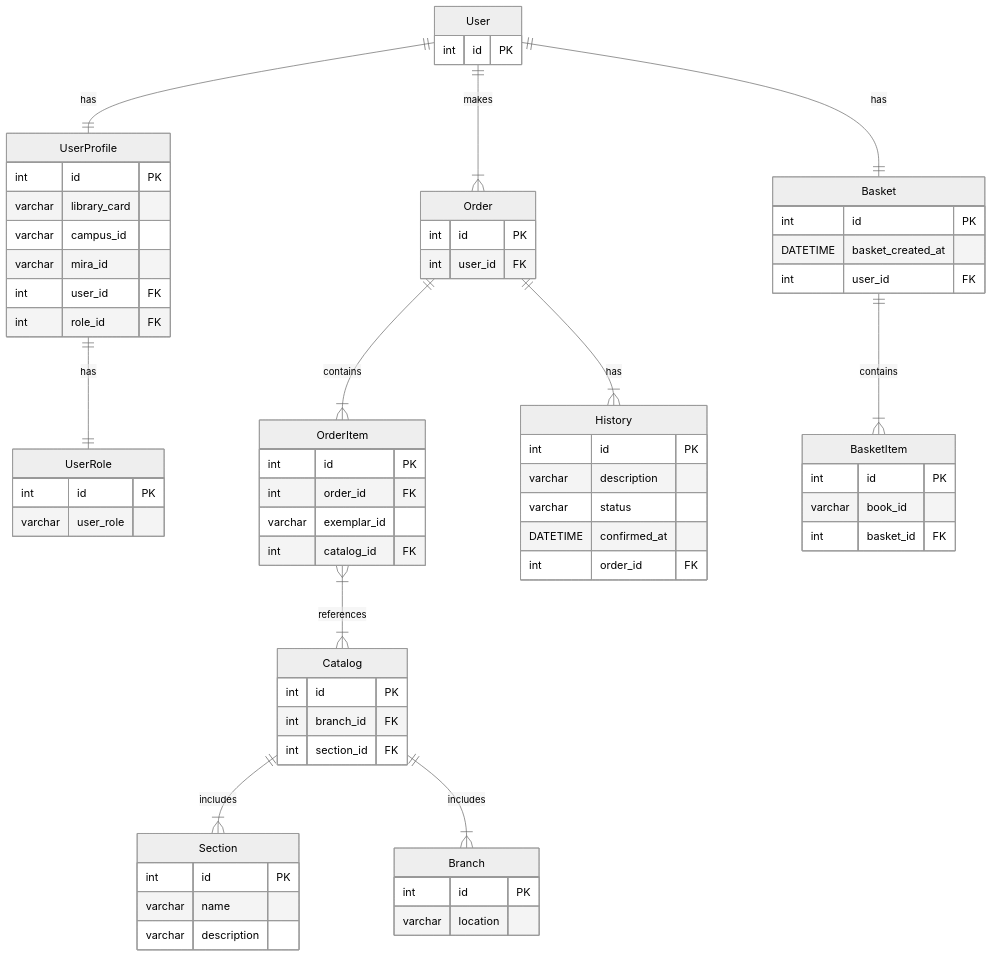
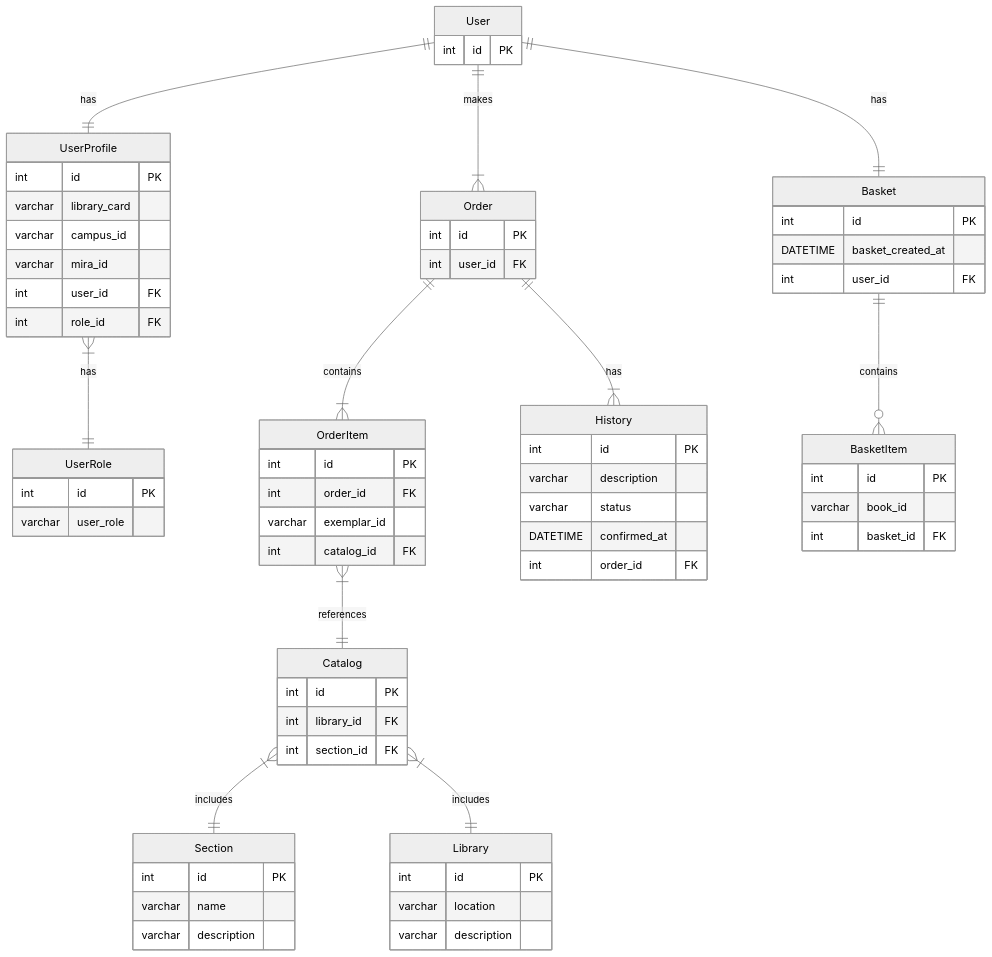
One commit to nnn1ki/library-online changed the second of 2 diagrams in README.md. Above: the diagram before and after it, drawn with Mermaid (neutral theme).

Commit message:
Minor ER diagram fixes

````diff
--- a/README.md
+++ b/README.md
@@ -32,80 +32,81 @@
 ```mermaid
 erDiagram
     User ||--|| UserProfile : has
     User ||--|{ Order : makes
     User ||--|| Basket : has
-    UserProfile ||--|| UserRole : has
+    UserProfile }|--|| UserRole : has
     Order ||--|{ OrderItem : contains
     Order ||--|{ History : has
-    OrderItem }|--|{ Catalog : references
-    Basket ||--|{ BasketItem : contains
-    Catalog ||--|{ Section : includes
-    Catalog ||--|{ Branch : includes
+    OrderItem }|--|| Catalog : references
+    Basket ||--o{ BasketItem : contains
+    Catalog }|--|| Section : includes
+    Catalog }|--|| Library : includes
     
     User { 
       int id PK 
     }
 
     UserProfile {
       int id PK 
       varchar library_card
       varchar campus_id 
       varchar mira_id
       int user_id FK
       int role_id FK
     }
 
     UserRole{
         int id PK
         varchar user_role 
     }
     
     Basket {
         int id PK 
         DATETIME basket_created_at 
         int user_id FK
     }
 
     BasketItem{
         int id PK
         varchar book_id
         int basket_id FK
     }
 
     Order{
         int id PK  
         int user_id FK
     }
 
     History{
         int id PK
         varchar description
         varchar status
         DATETIME confirmed_at
         int order_id FK 
     }
 
     OrderItem{
         int id PK
         int order_id FK
         varchar exemplar_id
         int catalog_id FK
     }
 
     Section{
         int id PK
         varchar name
-        varchar description 
+        varchar description
     }
 
-    Branch {
+    Library {
         int id PK
-        varchar location 
+        varchar location
+        varchar description
     }
 
     Catalog{
         int id PK
-        int branch_id FK
+        int library_id FK
         int section_id FK
     }
 ```
````
